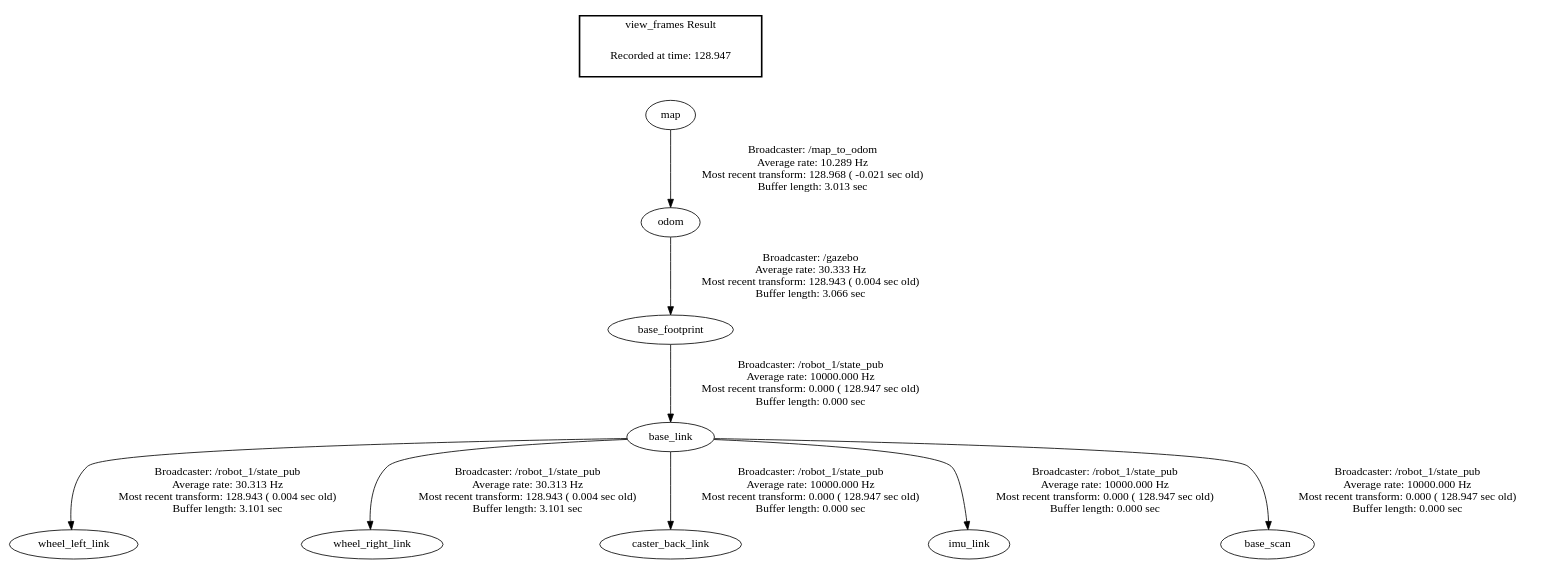
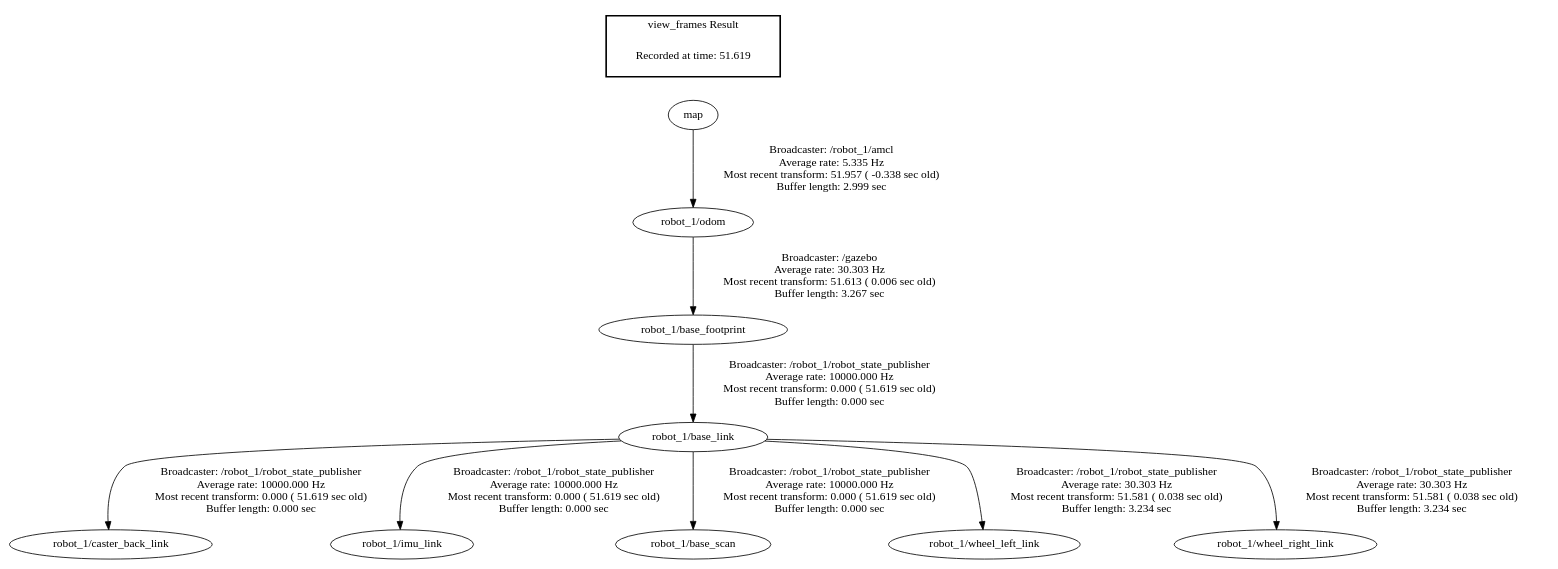
The diagram in frames.gv (curandvol/SmartFactory), drawn with Graphviz before and after one commit. The commit also changed 11 other files, not shown here.

```diff
--- a/frames.gv
+++ b/frames.gv
@@ -1,14 +1,14 @@
 digraph G {
-"base_link" -> "wheel_left_link"[label="Broadcaster: /robot_1/state_pub\nAverage rate: 30.313 Hz\nMost recent transform: 128.943 ( 0.004 sec old)\nBuffer length: 3.101 sec\n"];
-"base_footprint" -> "base_link"[label="Broadcaster: /robot_1/state_pub\nAverage rate: 10000.000 Hz\nMost recent transform: 0.000 ( 128.947 sec old)\nBuffer length: 0.000 sec\n"];
-"base_link" -> "wheel_right_link"[label="Broadcaster: /robot_1/state_pub\nAverage rate: 30.313 Hz\nMost recent transform: 128.943 ( 0.004 sec old)\nBuffer length: 3.101 sec\n"];
-"odom" -> "base_footprint"[label="Broadcaster: /gazebo\nAverage rate: 30.333 Hz\nMost recent transform: 128.943 ( 0.004 sec old)\nBuffer length: 3.066 sec\n"];
-"base_link" -> "caster_back_link"[label="Broadcaster: /robot_1/state_pub\nAverage rate: 10000.000 Hz\nMost recent transform: 0.000 ( 128.947 sec old)\nBuffer length: 0.000 sec\n"];
-"base_link" -> "imu_link"[label="Broadcaster: /robot_1/state_pub\nAverage rate: 10000.000 Hz\nMost recent transform: 0.000 ( 128.947 sec old)\nBuffer length: 0.000 sec\n"];
-"base_link" -> "base_scan"[label="Broadcaster: /robot_1/state_pub\nAverage rate: 10000.000 Hz\nMost recent transform: 0.000 ( 128.947 sec old)\nBuffer length: 0.000 sec\n"];
-"map" -> "odom"[label="Broadcaster: /map_to_odom\nAverage rate: 10.289 Hz\nMost recent transform: 128.968 ( -0.021 sec old)\nBuffer length: 3.013 sec\n"];
+"robot_1/base_footprint" -> "robot_1/base_link"[label="Broadcaster: /robot_1/robot_state_publisher\nAverage rate: 10000.000 Hz\nMost recent transform: 0.000 ( 51.619 sec old)\nBuffer length: 0.000 sec\n"];
+"robot_1/odom" -> "robot_1/base_footprint"[label="Broadcaster: /gazebo\nAverage rate: 30.303 Hz\nMost recent transform: 51.613 ( 0.006 sec old)\nBuffer length: 3.267 sec\n"];
+"robot_1/base_link" -> "robot_1/caster_back_link"[label="Broadcaster: /robot_1/robot_state_publisher\nAverage rate: 10000.000 Hz\nMost recent transform: 0.000 ( 51.619 sec old)\nBuffer length: 0.000 sec\n"];
+"robot_1/base_link" -> "robot_1/imu_link"[label="Broadcaster: /robot_1/robot_state_publisher\nAverage rate: 10000.000 Hz\nMost recent transform: 0.000 ( 51.619 sec old)\nBuffer length: 0.000 sec\n"];
+"robot_1/base_link" -> "robot_1/base_scan"[label="Broadcaster: /robot_1/robot_state_publisher\nAverage rate: 10000.000 Hz\nMost recent transform: 0.000 ( 51.619 sec old)\nBuffer length: 0.000 sec\n"];
+"map" -> "robot_1/odom"[label="Broadcaster: /robot_1/amcl\nAverage rate: 5.335 Hz\nMost recent transform: 51.957 ( -0.338 sec old)\nBuffer length: 2.999 sec\n"];
+"robot_1/base_link" -> "robot_1/wheel_left_link"[label="Broadcaster: /robot_1/robot_state_publisher\nAverage rate: 30.303 Hz\nMost recent transform: 51.581 ( 0.038 sec old)\nBuffer length: 3.234 sec\n"];
+"robot_1/base_link" -> "robot_1/wheel_right_link"[label="Broadcaster: /robot_1/robot_state_publisher\nAverage rate: 30.303 Hz\nMost recent transform: 51.581 ( 0.038 sec old)\nBuffer length: 3.234 sec\n"];
 edge [style=invis];
  subgraph cluster_legend { style=bold; color=black; label ="view_frames Result";
-"Recorded at time: 128.947"[ shape=plaintext ] ;
+"Recorded at time: 51.619"[ shape=plaintext ] ;
  }->"map";
 }
```
